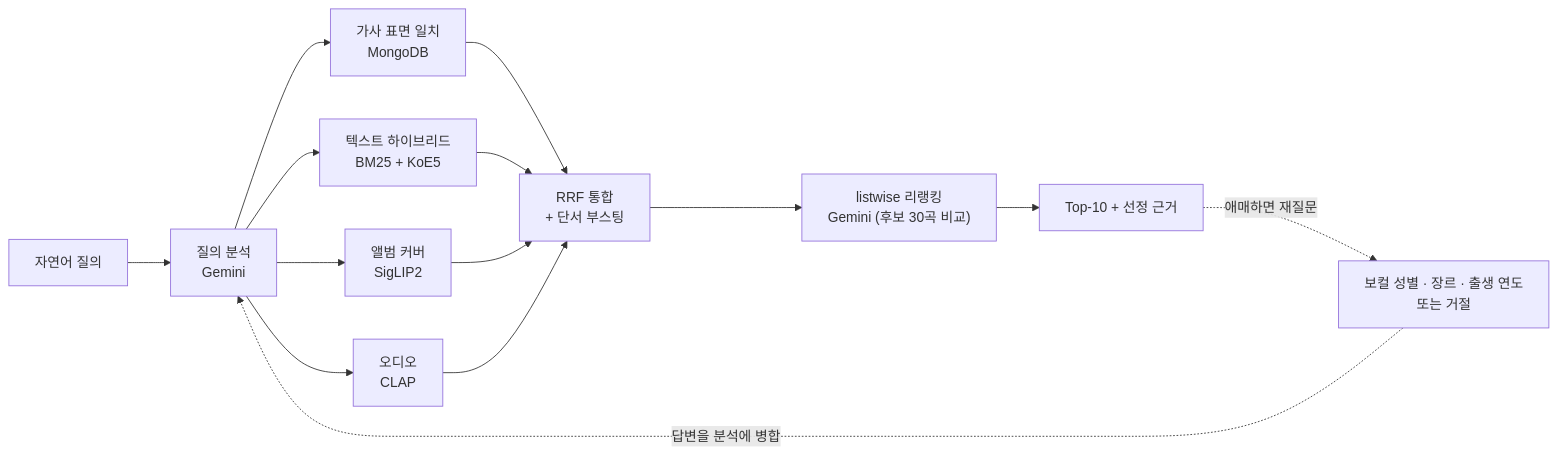
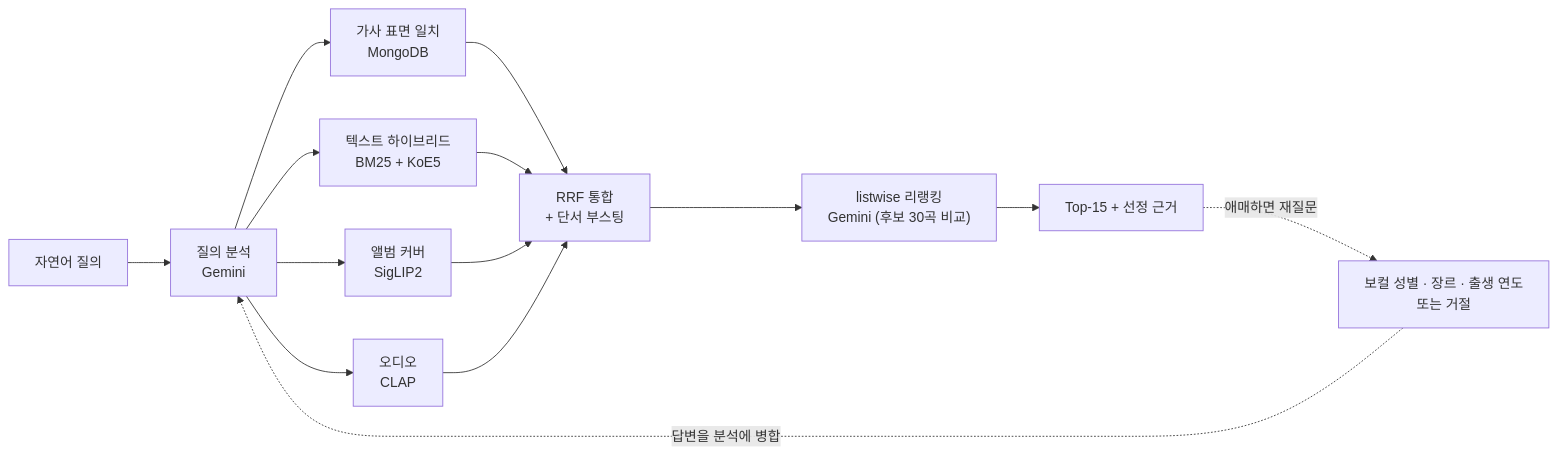
Before and after one commit to notvague/vague-finder: the diagram in README.md, drawn with Mermaid. The commit also changed 10 other files, not shown here.

````diff
--- a/README.md
+++ b/README.md
@@ -41,13 +41,13 @@
 ```mermaid
 flowchart LR
     Q["자연어 질의"] --> A["질의 분석<br/>Gemini"]
     A --> L["가사 표면 일치<br/>MongoDB"]
     A --> T["텍스트 하이브리드<br/>BM25 + KoE5"]
     A --> I["앨범 커버<br/>SigLIP2"]
     A --> S["오디오<br/>CLAP"]
     L & T & I & S --> F["RRF 통합<br/>+ 단서 부스팅"]
     F --> R["listwise 리랭킹<br/>Gemini (후보 30곡 비교)"]
-    R --> O["Top-10 + 선정 근거"]
+    R --> O["Top-15 + 선정 근거"]
     O -.->|애매하면 재질문| C["보컬 성별 · 장르 · 출생 연도<br/>또는 거절"]
     C -.->|답변을 분석에 병합| A
 ```
````
